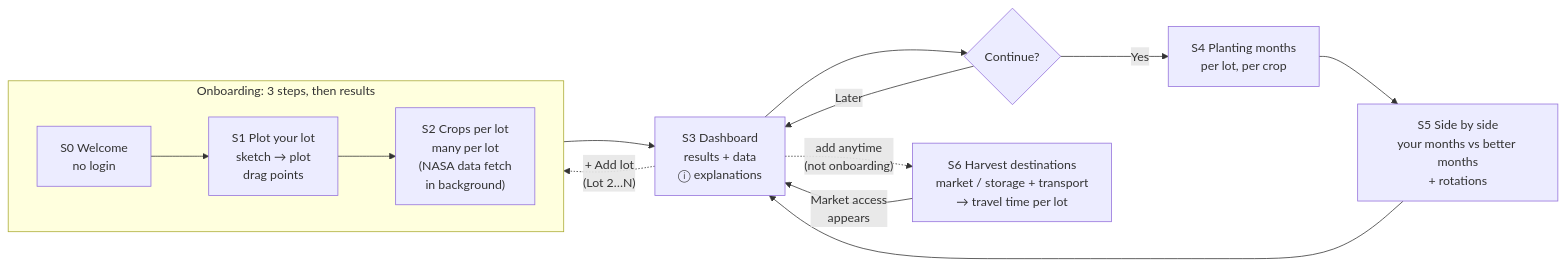
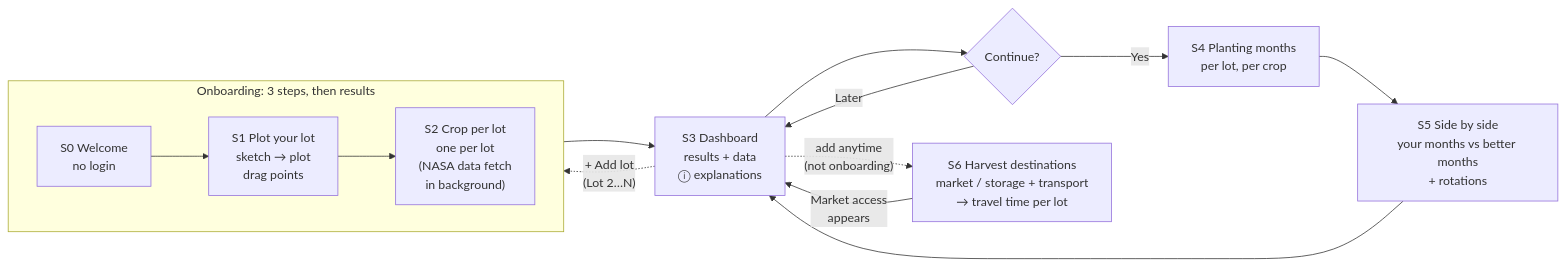
The diagram in docs/11-user-flow.md (GENZ-PH/agrosprout), drawn with Mermaid before and after one commit. The commit also changed other lines of this file and 16 other files, not shown here.

Commit message:
feat(crops): top 3 for each lot and one crop per lot (D13 changed by the team) (Refs #152)

````diff
--- a/docs/11-user-flow.md
+++ b/docs/11-user-flow.md
@@ -14,15 +14,15 @@
 ```mermaid
 flowchart LR
   subgraph ONB["Onboarding: 3 steps, then results"]
     direction LR
-    S0["S0 Welcome<br/>no login"] --> S1["S1 Plot your lot<br/>sketch → plot<br/>drag points"] --> S2["S2 Crops per lot<br/>many per lot<br/>(NASA data fetch<br/>in background)"]
+    S0["S0 Welcome<br/>no login"] --> S1["S1 Plot your lot<br/>sketch → plot<br/>drag points"] --> S2["S2 Crop per lot<br/>one per lot<br/>(NASA data fetch<br/>in background)"]
   end
   S2 --> S3["S3 Dashboard<br/>results + data<br/>ⓘ explanations"]
   S3 --> Q{"Continue?"}
   Q -- "Yes" --> S4["S4 Planting months<br/>per lot, per crop"] --> S5["S5 Side by side<br/>your months vs better months<br/>+ rotations"]
   Q -- "Later" --> S3
   S5 --> S3
   S3 -. "add anytime<br/>(not onboarding)" .-> S6["S6 Harvest destinations<br/>market / storage + transport<br/>→ travel time per lot"]
   S6 -- "Market access<br/>appears" --> S3
   S3 -. "+ Add lot<br/>(Lot 2…N)" .-> S1
 ```
````
